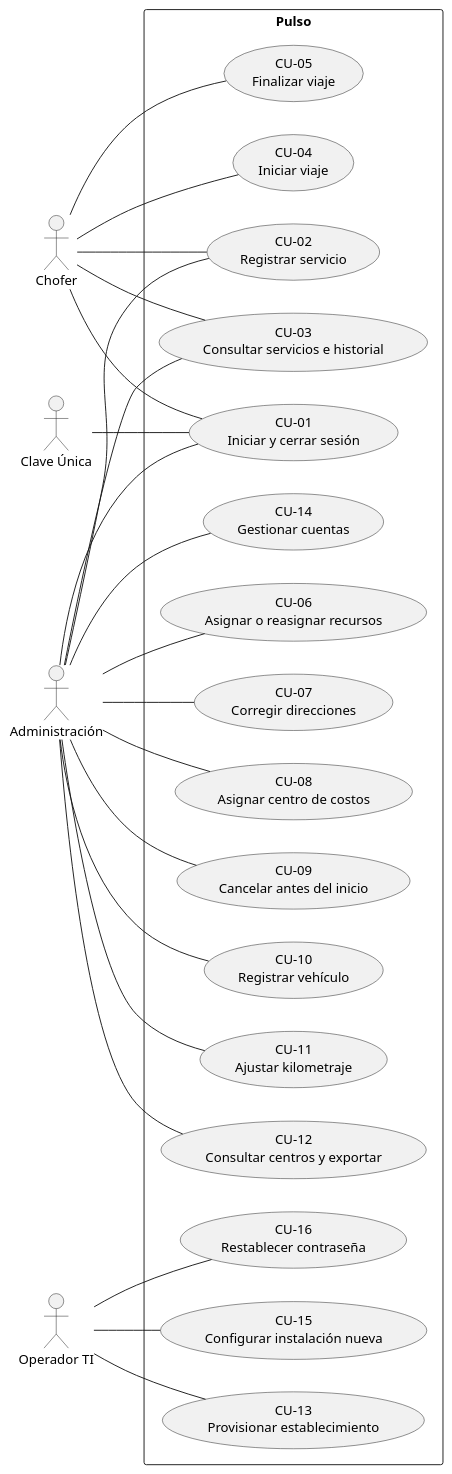
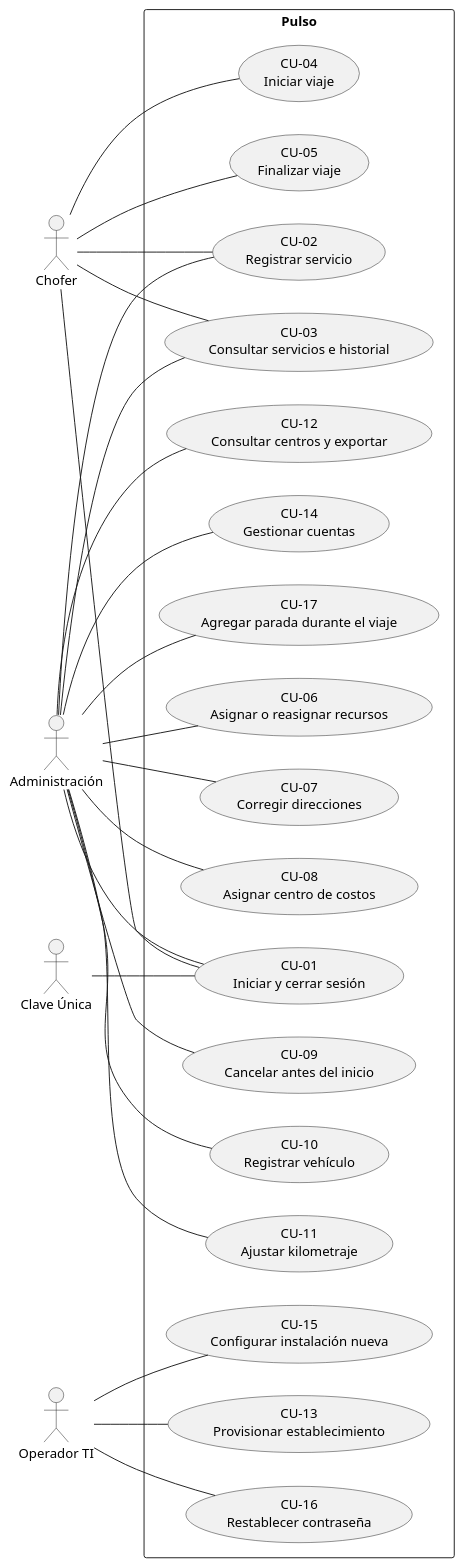
Before and after one commit to daviddimd/Pulso: the diagram in docs/entrega-ti-2026-11-22/UML-casos-de-uso.puml, drawn with PlantUML. The commit also changed 21 other files, not shown here.

Commit message:
Regenera la entrega TI con paradas agregadas durante el viaje

```diff
--- a/docs/entrega-ti-2026-11-22/UML-casos-de-uso.puml
+++ b/docs/entrega-ti-2026-11-22/UML-casos-de-uso.puml
@@ -1,45 +1,47 @@
 @startuml
 left to right direction
 actor Chofer
 actor "Administración" as Admin
 actor "Operador TI" as TI
 actor "Clave Única" as CU
 rectangle Pulso {
   usecase "CU-01\nIniciar y cerrar sesión" as CU01
   usecase "CU-02\nRegistrar servicio" as CU02
   usecase "CU-03\nConsultar servicios e historial" as CU03
   usecase "CU-04\nIniciar viaje" as CU04
   usecase "CU-05\nFinalizar viaje" as CU05
   usecase "CU-06\nAsignar o reasignar recursos" as CU06
   usecase "CU-07\nCorregir direcciones" as CU07
   usecase "CU-08\nAsignar centro de costos" as CU08
   usecase "CU-09\nCancelar antes del inicio" as CU09
   usecase "CU-10\nRegistrar vehículo" as CU10
   usecase "CU-11\nAjustar kilometraje" as CU11
   usecase "CU-12\nConsultar centros y exportar" as CU12
   usecase "CU-13\nProvisionar establecimiento" as CU13
   usecase "CU-14\nGestionar cuentas" as CU14
   usecase "CU-15\nConfigurar instalación nueva" as CU15
   usecase "CU-16\nRestablecer contraseña" as CU16
+  usecase "CU-17\nAgregar parada durante el viaje" as CU17
 }
 Chofer -- CU01
 Admin -- CU01
 Chofer -- CU02
 Admin -- CU02
 Chofer -- CU03
 Admin -- CU03
 Chofer -- CU04
 Chofer -- CU05
 Admin -- CU06
 Admin -- CU07
 Admin -- CU08
 Admin -- CU09
 Admin -- CU10
 Admin -- CU11
 Admin -- CU12
 TI -- CU13
 Admin -- CU14
 TI -- CU15
 TI -- CU16
+Admin -- CU17
 CU -- CU01
 @enduml
```
